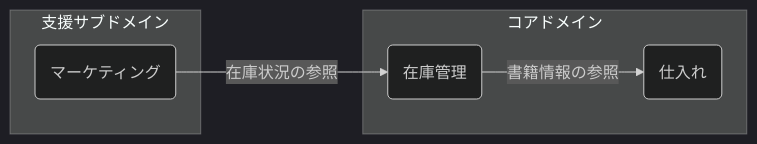
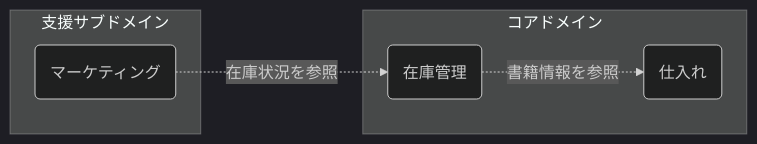
One commit to hiroki-it/tech-notebook changed the second of 7 diagrams in docs/software/software_application_architecture_backend_domain_driven_design.md. Above: the diagram before and after it, drawn with Mermaid (dark theme). The commit also changed other lines of this file, not shown here.

````diff
--- a/docs/software/software_application_architecture_backend_domain_driven_design.md
+++ b/docs/software/software_application_architecture_backend_domain_driven_design.md
@@ -515,13 +579,13 @@
 ```mermaid
 flowchart LR
   subgraph core["コアドメイン"]
     purchasing("仕入れ")
     inventoryManagement("在庫管理")
   end
   subgraph supporting["支援サブドメイン"]
     marketing("マーケティング")
   end
 
-  inventoryManagement -->|書籍情報の参照| purchasing
-  marketing -->|在庫状況の参照| inventoryManagement
+  inventoryManagement -.->|書籍情報を参照| purchasing
+  marketing -.->|在庫状況を参照| inventoryManagement
 ```
````
